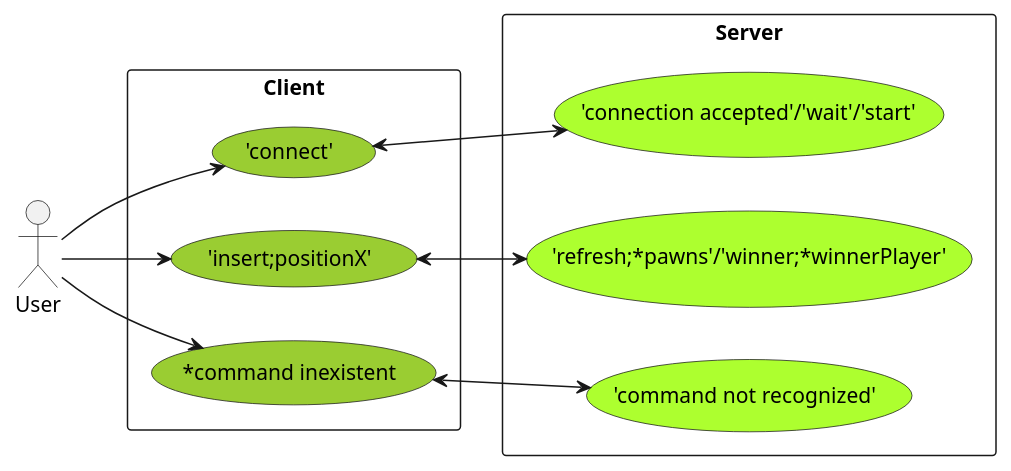
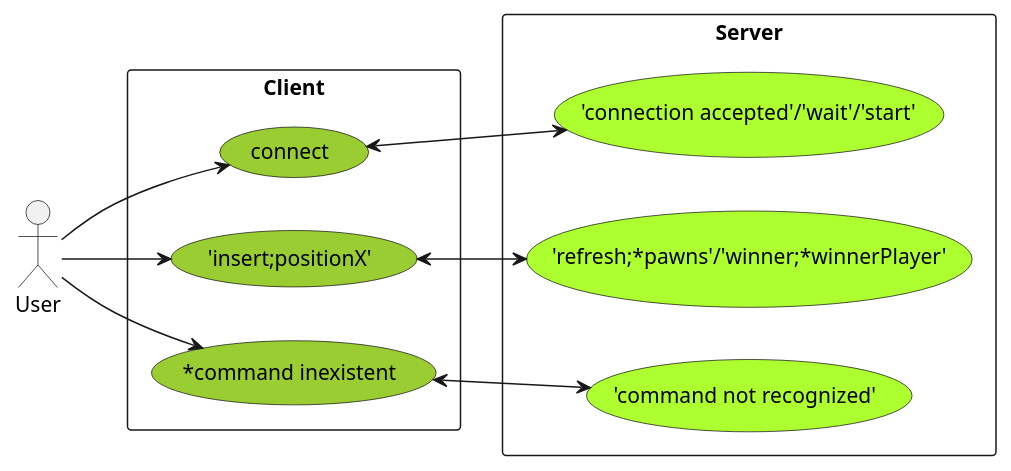
One commit to dennisgallina/Forza-4 changed the diagram in Progettazione/UML/Use Case.puml. Above: the diagram before and after it, drawn with PlantUML.

Commit message:
Correzione sintassi.

```diff
--- a/Progettazione/UML/Use Case.puml
+++ b/Progettazione/UML/Use Case.puml
@@ -1,24 +1,24 @@
 @startuml Forza 4
 left to right direction
 actor "User" as actorUser
 rectangle Client {
-    usecase "'connect'" as C_UC1 #YellowGreen
+    usecase "connect" as C_UC1 #YellowGreen
     usecase "'insert;positionX'" as C_UC2 #YellowGreen
     usecase "'disconnect'" as C_UC3 #YellowGreen
     usecase "*command inexistent" as C_UC3 #YellowGreen
 }
 
 actorUser --> C_UC1
 actorUser --> C_UC2
 actorUser --> C_UC3
 
 rectangle Server {
     usecase "'connection accepted'/'wait'/'start'" as S_UC1 #GreenYellow
     usecase "'refresh;*pawns'/'winner;*winnerPlayer'" as S_UC2 #GreenYellow
     usecase "'command not recognized'" as S_UC3 #GreenYellow
 }
 
 C_UC1 <--> S_UC1
 C_UC2 <--> S_UC2
 C_UC3 <--> S_UC3
 @enduml
```
